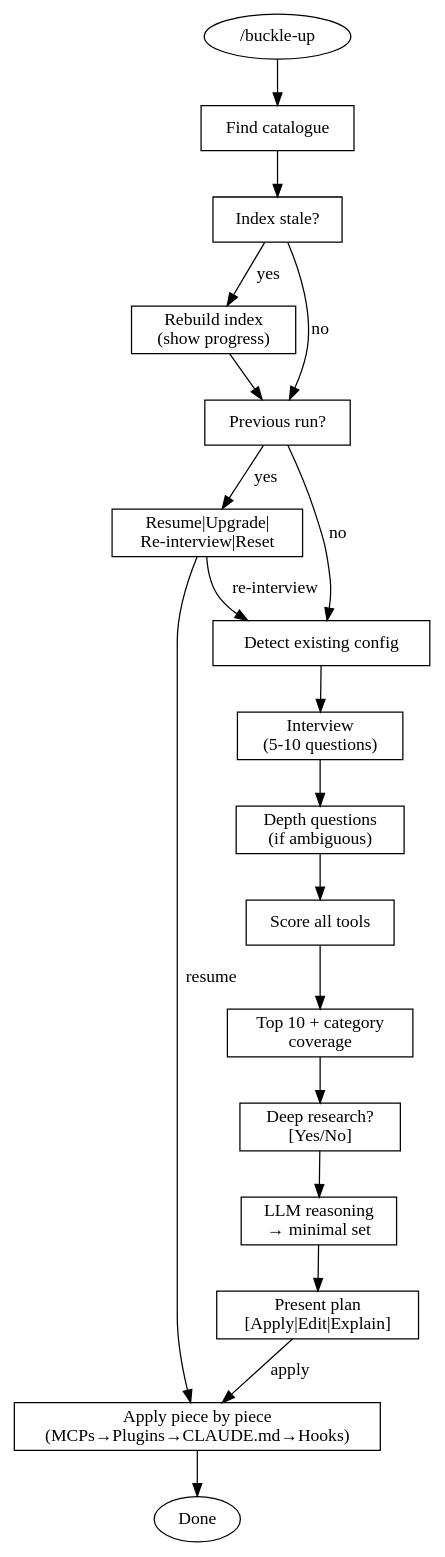
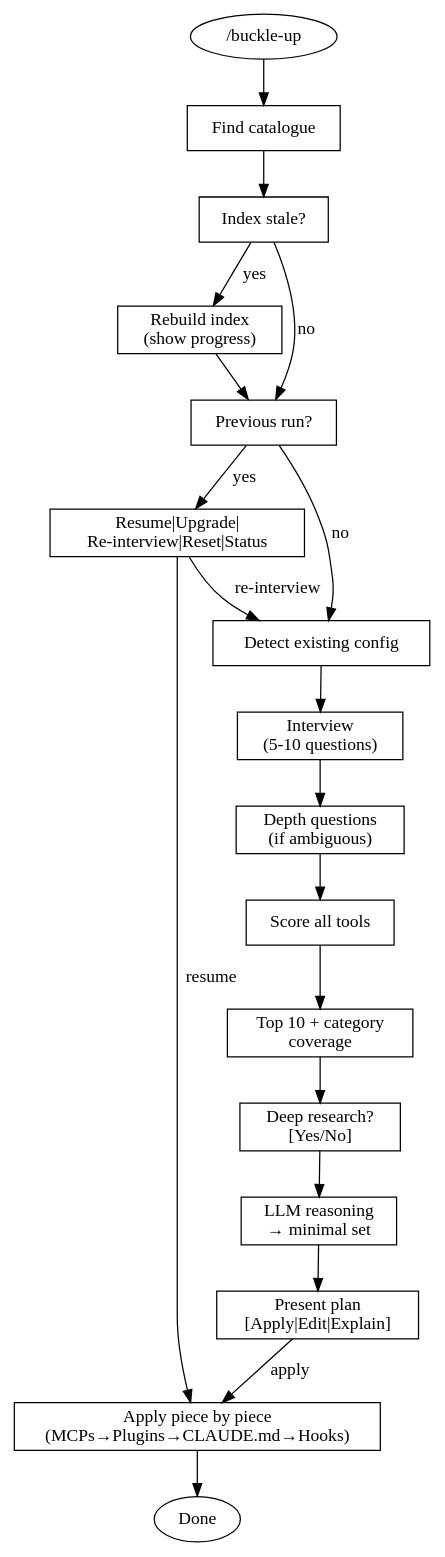
Before and after one commit to razpetel/buckle-up: the diagram in skills/buckle-up/SKILL.md, drawn with Graphviz.

Commit message:
fix: add Status option to rerun menu in flow diagram

````diff
--- a/skills/buckle-up/SKILL.md
+++ b/skills/buckle-up/SKILL.md
@@ -21,42 +21,42 @@
 ```dot
 digraph buckle_up_flow {
   rankdir=TB;
   node [shape=box];
 
   start [label="/buckle-up" shape=ellipse];
   find_cat [label="Find catalogue"];
   check_index [label="Index stale?"];
   rebuild [label="Rebuild index\n(show progress)"];
   check_prev [label="Previous run?"];
-  rerun_menu [label="Resume|Upgrade|\nRe-interview|Reset"];
+  rerun_menu [label="Resume|Upgrade|\nRe-interview|Reset|Status"];
   detect_config [label="Detect existing config"];
   interview [label="Interview\n(5-10 questions)"];
   depth [label="Depth questions\n(if ambiguous)"];
   score [label="Score all tools"];
   top10 [label="Top 10 + category\ncoverage"];
   research [label="Deep research?\n[Yes/No]"];
   reason [label="LLM reasoning\n→ minimal set"];
   present [label="Present plan\n[Apply|Edit|Explain]"];
   apply [label="Apply piece by piece\n(MCPs→Plugins→CLAUDE.md→Hooks)"];
   done [label="Done" shape=ellipse];
 
   start -> find_cat;
   find_cat -> check_index;
   check_index -> rebuild [label="yes"];
   check_index -> check_prev [label="no"];
   rebuild -> check_prev;
   check_prev -> rerun_menu [label="yes"];
   check_prev -> detect_config [label="no"];
   rerun_menu -> detect_config [label="re-interview"];
   rerun_menu -> apply [label="resume"];
   detect_config -> interview;
   interview -> depth;
   depth -> score;
   score -> top10;
   top10 -> research;
   research -> reason;
   reason -> present;
   present -> apply [label="apply"];
   apply -> done;
 }
 ```
````
